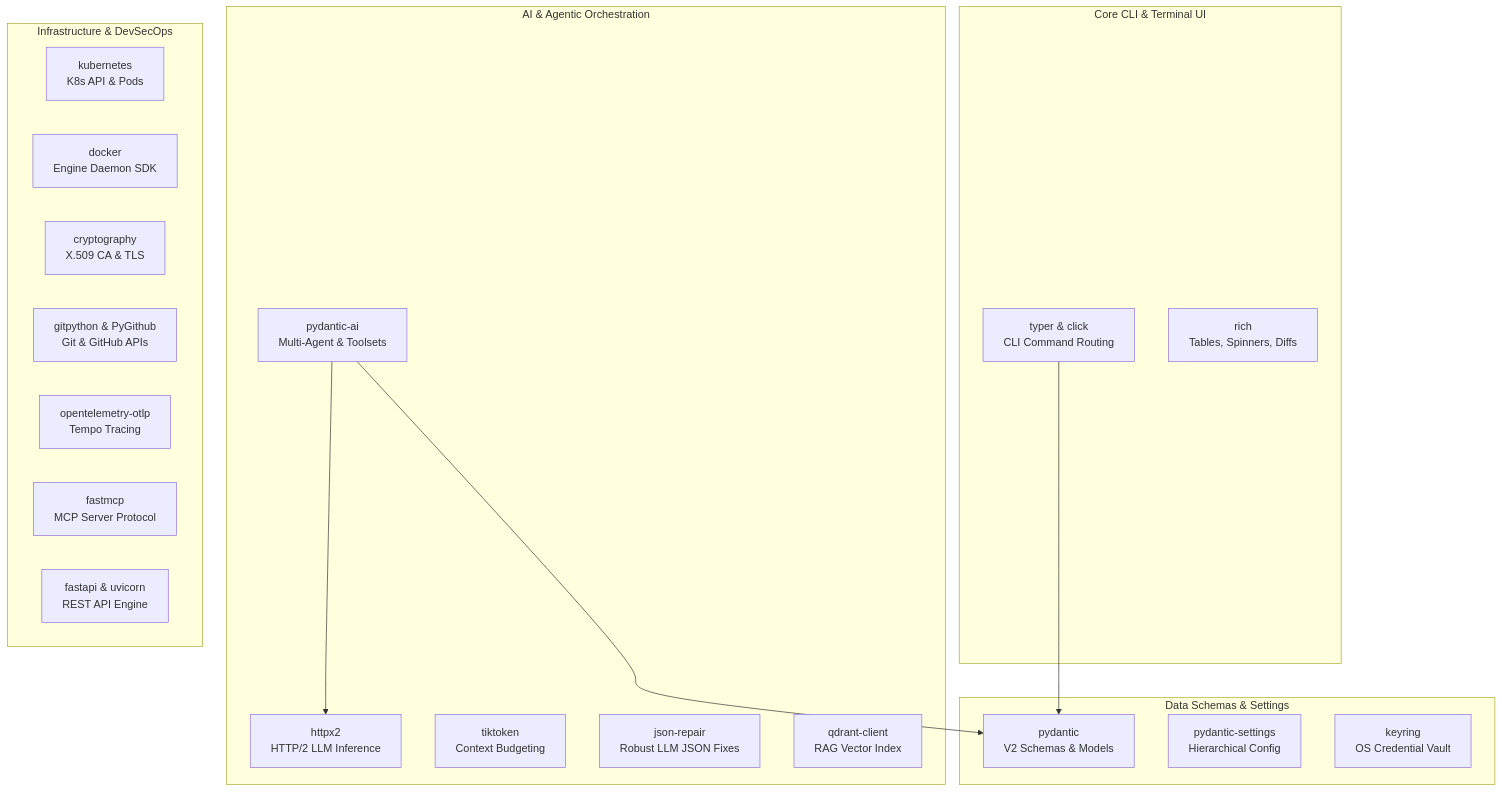
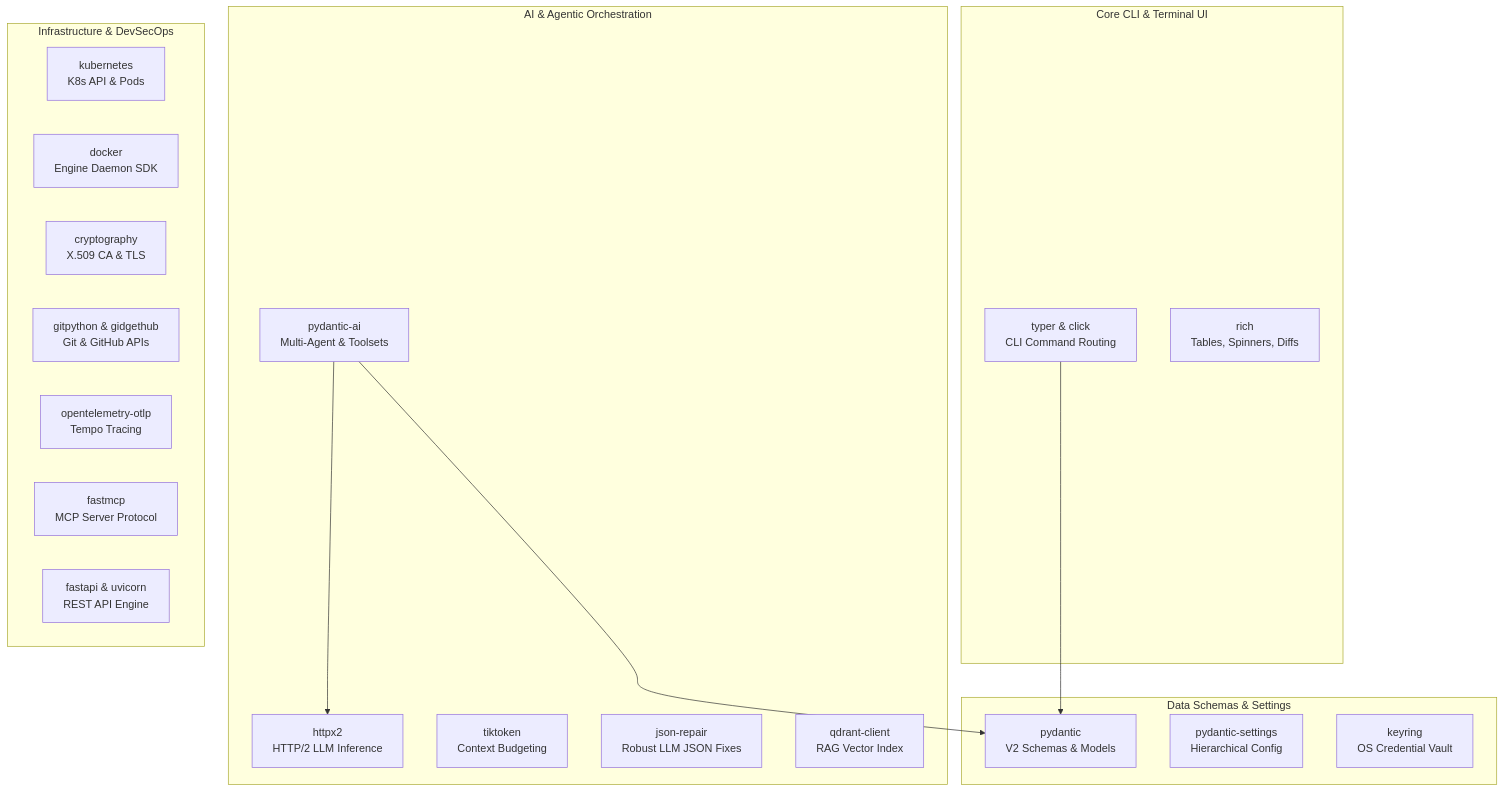
Before and after one commit to dan-petty/devops-cli: the diagram in src/devops_cli/ai/knowledge_base/devops_cli/python_packages.md, drawn with Mermaid. The commit also changed other lines of this file and 17 other files, not shown here.

First line of the commit message:
refactor(github): remove the PyGithub manual and make SSHRegistrationError a GitHub error

````diff
--- a/src/devops_cli/ai/knowledge_base/devops_cli/python_packages.md
+++ b/src/devops_cli/ai/knowledge_base/devops_cli/python_packages.md
@@ -14,35 +14,35 @@
 ```mermaid
 graph TD
     subgraph "Core CLI & Terminal UI"
         TYPER["typer & click<br/>CLI Command Routing"]
         RICH["rich<br/>Tables, Spinners, Diffs"]
     end
 
     subgraph "Data Schemas & Settings"
         PYDANTIC["pydantic<br/>V2 Schemas & Models"]
         SETTINGS["pydantic-settings<br/>Hierarchical Config"]
         KEYRING["keyring<br/>OS Credential Vault"]
     end
 
     subgraph "AI & Agentic Orchestration"
         PYDANTIC_AI["pydantic-ai<br/>Multi-Agent & Toolsets"]
         HTTPX2["httpx2<br/>HTTP/2 LLM Inference"]
         TIKTOKEN["tiktoken<br/>Context Budgeting"]
         JSON_REPAIR["json-repair<br/>Robust LLM JSON Fixes"]
         QDRANT["qdrant-client<br/>RAG Vector Index"]
     end
 
     subgraph "Infrastructure & DevSecOps"
         K8S["kubernetes<br/>K8s API & Pods"]
         DOCKER["docker<br/>Engine Daemon SDK"]
         CRYPTO["cryptography<br/>X.509 CA & TLS"]
-        GIT["gitpython & PyGithub<br/>Git & GitHub APIs"]
+        GIT["gitpython & gidgethub<br/>Git & GitHub APIs"]
         OTEL["opentelemetry-otlp<br/>Tempo Tracing"]
         FASTMCP["fastmcp<br/>MCP Server Protocol"]
         FASTAPI["fastapi & uvicorn<br/>REST API Engine"]
     end
 
     TYPER --> PYDANTIC
     PYDANTIC_AI --> HTTPX2
     PYDANTIC_AI --> PYDANTIC
 ```
````
